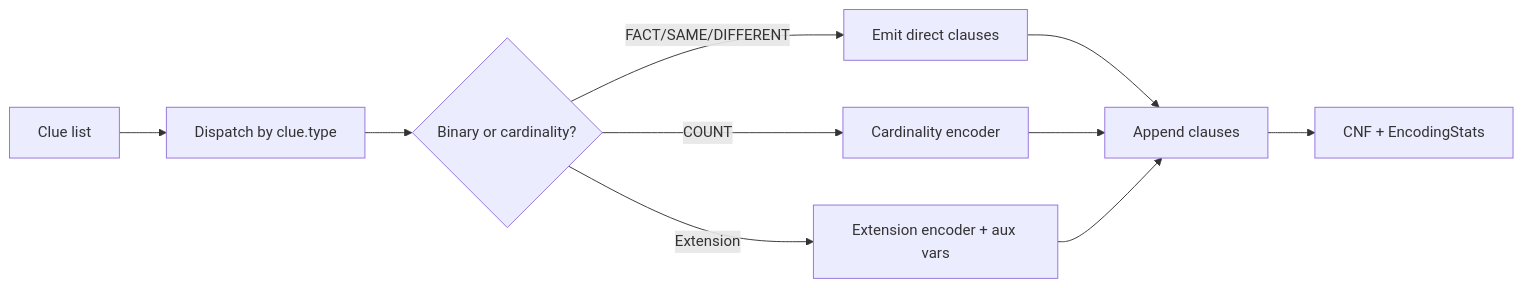
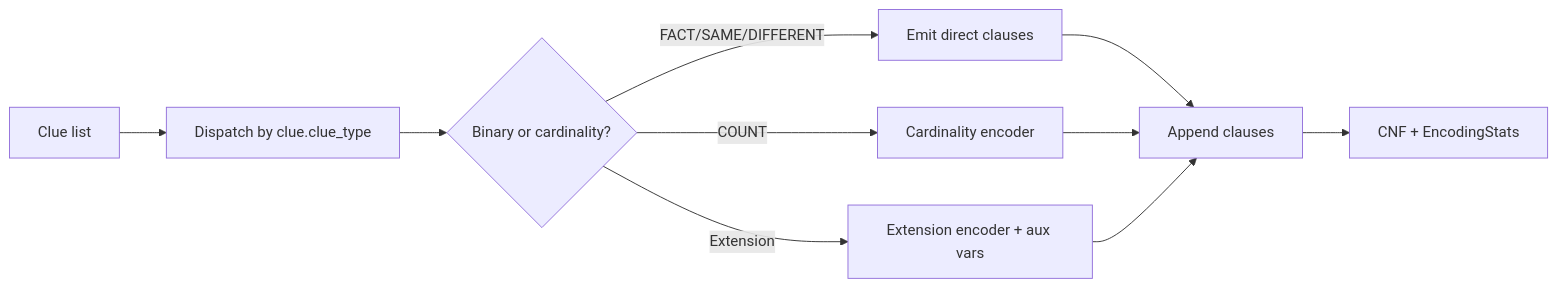
The seventh of 18 diagrams in Workflow.md (vannguyn/Griductive-Solver), drawn with Mermaid before and after one commit. The commit also changed other lines of this file, not shown here.

````diff
--- a/Workflow.md
+++ b/Workflow.md
@@ -357,12 +357,12 @@
 ```mermaid
 flowchart LR
-    A[Clue list] --> B[Dispatch by clue.type]
+    A[Clue list] --> B[Dispatch by clue.clue_type]
     B --> C{Binary or cardinality?}
     C -- FACT/SAME/DIFFERENT --> D[Emit direct clauses]
     C -- COUNT --> E[Cardinality encoder]
     C -- Extension --> F[Extension encoder + aux vars]
     D --> G[Append clauses]
     E --> G
     F --> G
     G --> H[CNF + EncodingStats]
 ```
````
